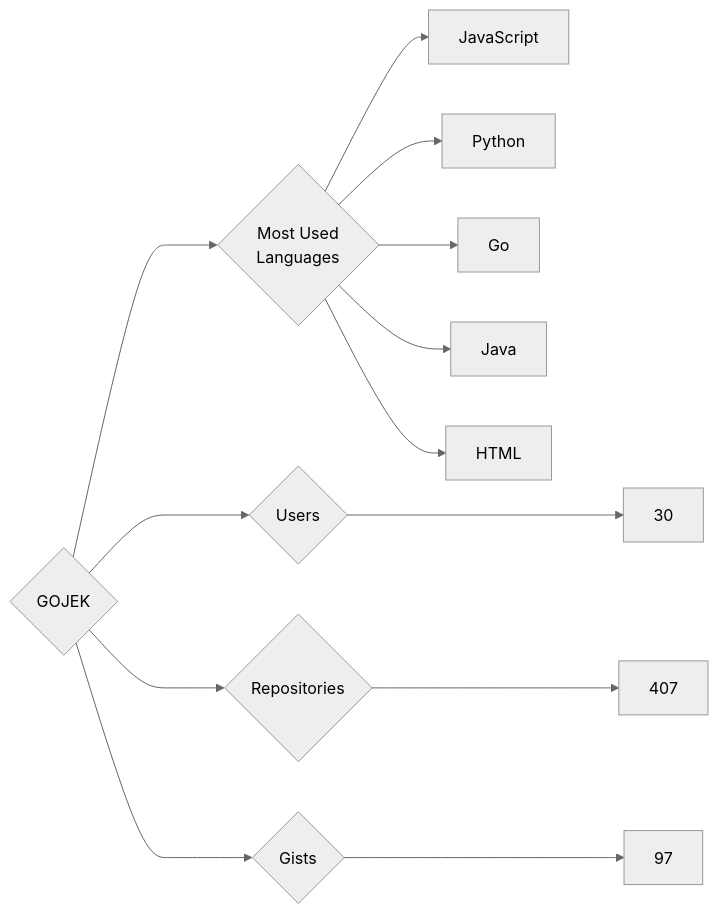
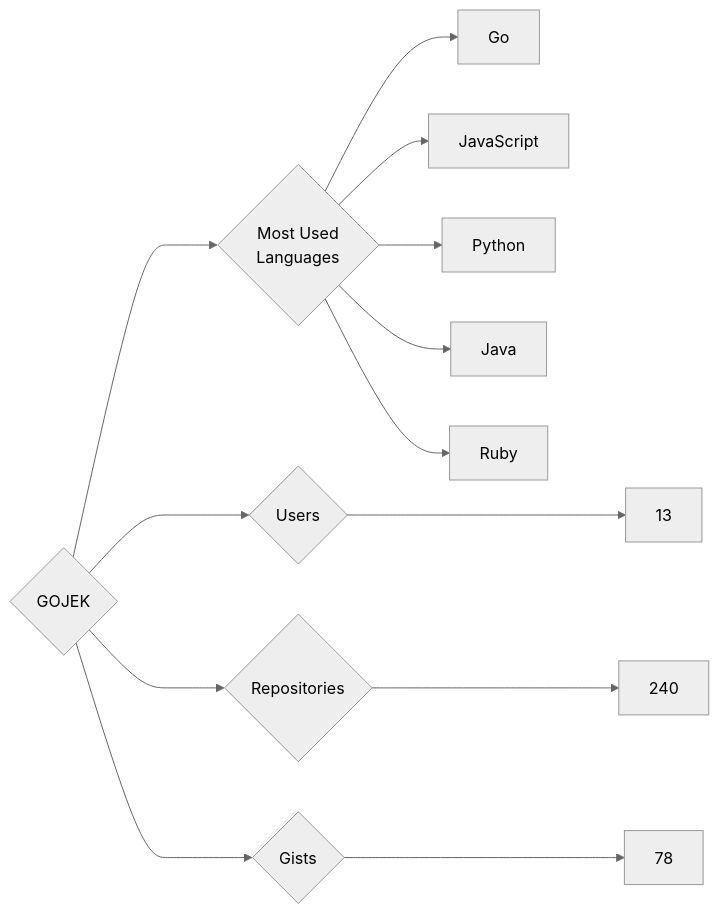
Before and after one commit to trickest/insiders: the diagram in targets/GOJEK/README.md, drawn with Mermaid (neutral theme). The commit also changed 895 other files, not shown here.

````diff
--- a/targets/GOJEK/README.md
+++ b/targets/GOJEK/README.md
@@ -3,13 +3,13 @@
 ```mermaid
 graph LR
 COMPANY_NAME{GOJEK}
-COMPANY_NAME ---> U{Users} ---> UN[30]
-COMPANY_NAME ---> R{Repositories} ---> RN[407]
-COMPANY_NAME ---> G{Gists} ---> GN[97]
+COMPANY_NAME ---> U{Users} ---> UN[13]
+COMPANY_NAME ---> R{Repositories} ---> RN[240]
+COMPANY_NAME ---> G{Gists} ---> GN[78]
 COMPANY_NAME ---> ML{Most Used<br>Languages}
+ML --> Go[Go]
 ML --> JavaScript[JavaScript]
 ML --> Python[Python]
-ML --> Go[Go]
 ML --> Java[Java]
-ML --> HTML[HTML]
+ML --> Ruby[Ruby]
 ```
````
